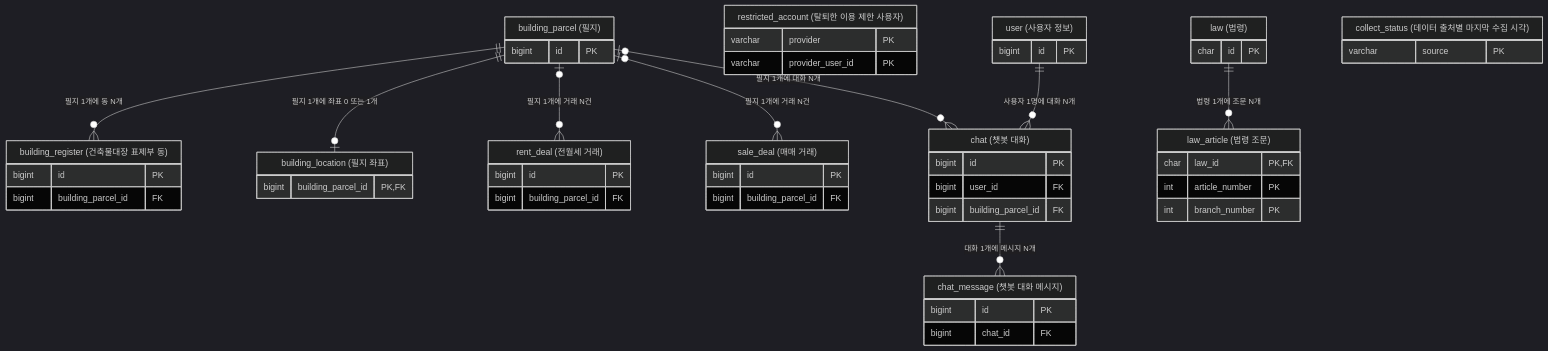
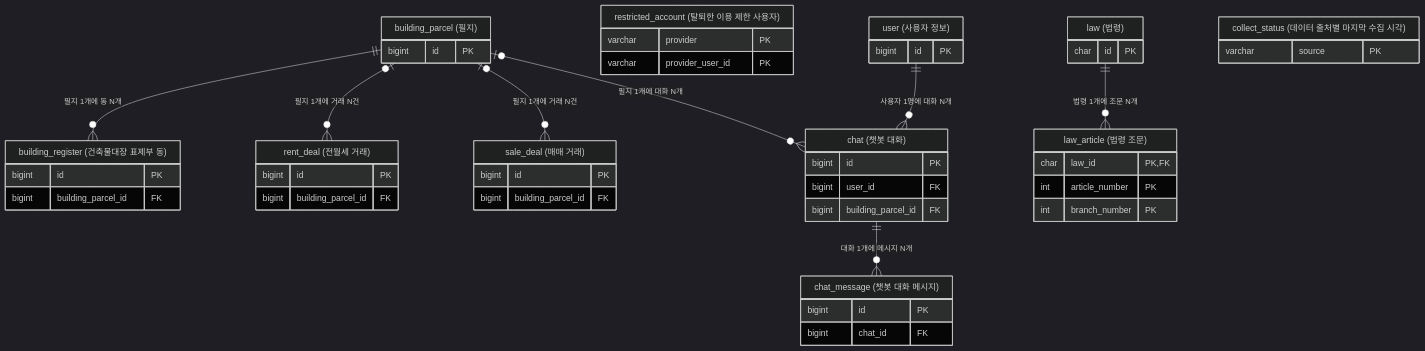
Before and after one commit to f-lab-edu/jipsee: the first of 12 diagrams in docs/erd.md, drawn with Mermaid (dark theme). The commit also changed other lines of this file and 7 other files, not shown here.

````diff
--- a/docs/erd.md
+++ b/docs/erd.md
@@ -5,56 +5,52 @@
 ```mermaid
 erDiagram
     user["user (사용자 정보)"] {
         bigint id PK
     }
     restricted_account["restricted_account (탈퇴한 이용 제한 사용자)"] {
         varchar provider PK
         varchar provider_user_id PK
     }
     building_parcel ||--o{ building_register : "필지 1개에 동 N개"
     building_parcel["building_parcel (필지)"] {
         bigint id PK
     }
     building_register["building_register (건축물대장 표제부 동)"] {
         bigint id PK
         bigint building_parcel_id FK
-    }
-    building_parcel ||--o| building_location : "필지 1개에 좌표 0 또는 1개"
-    building_location["building_location (필지 좌표)"] {
-        bigint building_parcel_id PK, FK
     }
     building_parcel |o--o{ rent_deal : "필지 1개에 거래 N건"
     rent_deal["rent_deal (전월세 거래)"] {
         bigint id PK
         bigint building_parcel_id FK
     }
     building_parcel |o--o{ sale_deal : "필지 1개에 거래 N건"
     sale_deal["sale_deal (매매 거래)"] {
         bigint id PK
         bigint building_parcel_id FK
     }
     user ||--o{ chat : "사용자 1명에 대화 N개"
     building_parcel |o--o{ chat : "필지 1개에 대화 N개"
     chat["chat (챗봇 대화)"] {
         bigint id PK
         bigint user_id FK
         bigint building_parcel_id FK
     }
     chat ||--o{ chat_message : "대화 1개에 메시지 N개"
     chat_message["chat_message (챗봇 대화 메시지)"] {
         bigint id PK
         bigint chat_id FK
     }
     law ||--o{ law_article : "법령 1개에 조문 N개"
     law["law (법령)"] {
         char id PK
     }
     law_article["law_article (법령 조문)"] {
         char law_id PK, FK
         int article_number PK
         int branch_number PK
     }
     collect_status["collect_status (데이터 출처별 마지막 수집 시각)"] {
         varchar source PK
     }
 ```
````
